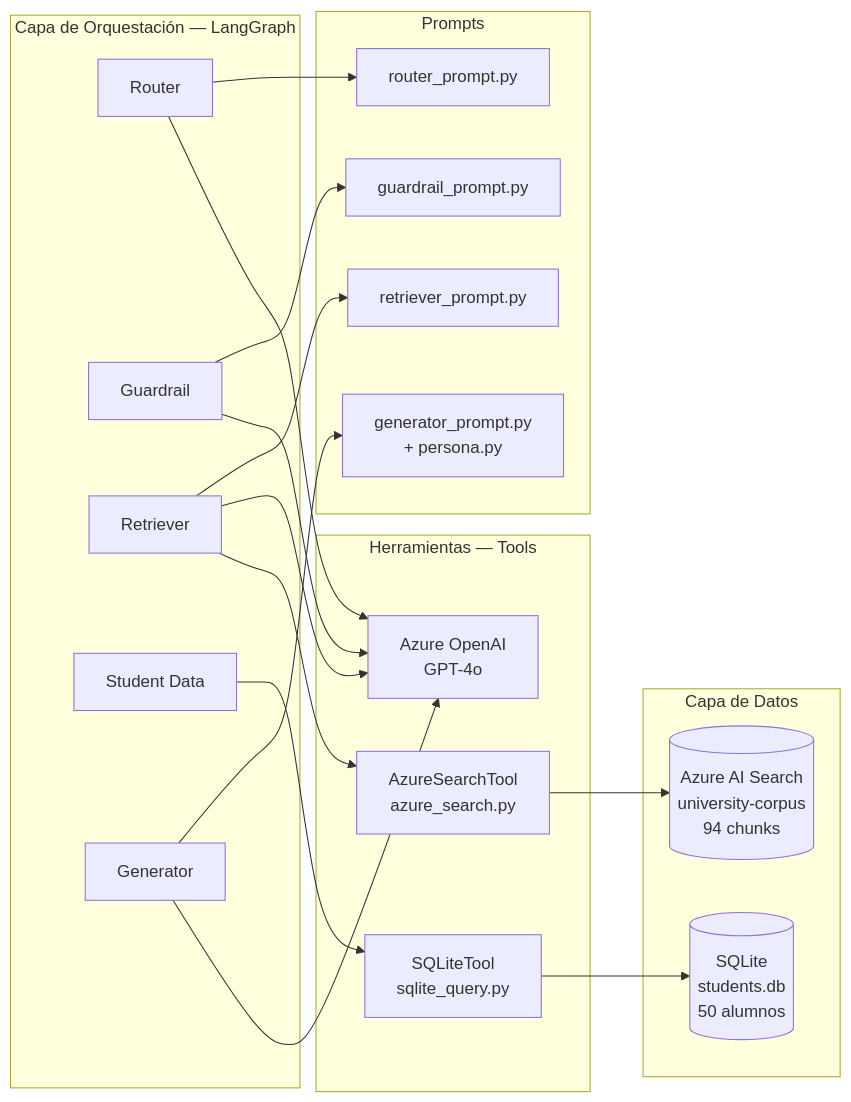
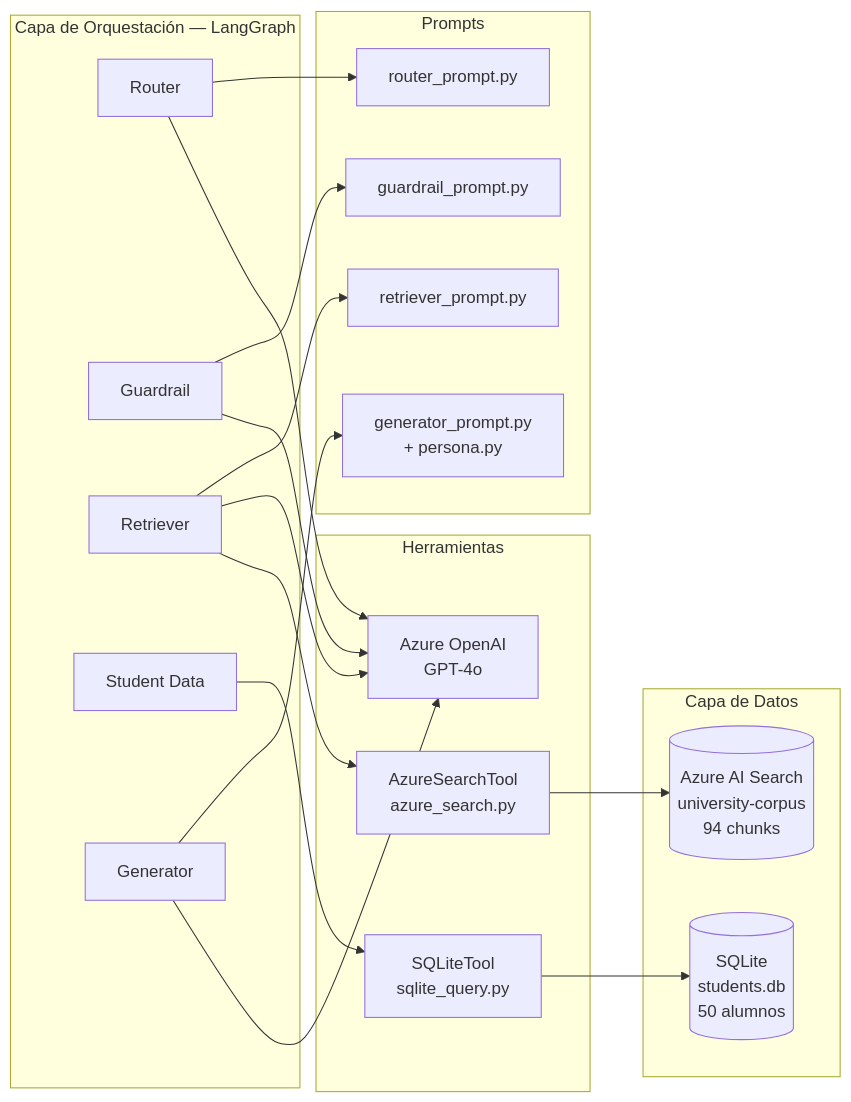
The diagram in docs/diagrams/agent_architecture.md (efeluxy/tfg-rag-university), drawn with Mermaid before and after one commit. The commit also changed 3 other files, not shown here.

````diff
--- a/docs/diagrams/agent_architecture.md
+++ b/docs/diagrams/agent_architecture.md
@@ -4,42 +4,42 @@
 ```mermaid
 graph LR
     subgraph CAPA_ORQUESTACION["Capa de Orquestación — LangGraph"]
         R[Router]
         G[Guardrail]
         RET[Retriever]
         SD[Student Data]
         GEN[Generator]
     end
 
-    subgraph CAPA_TOOLS["Herramientas — Tools"]
-        AZ[AzureSearchTool\nazure_search.py]
-        SQL[SQLiteTool\nsqlite_query.py]
-        LLM[Azure OpenAI\nGPT-4o]
-    end
-
-    subgraph CAPA_DATOS["Capa de Datos"]
-        IDX[(Azure AI Search\nuniversity-corpus\n94 chunks)]
-        DB[(SQLite\nstudents.db\n50 alumnos)]
-    end
-
     subgraph CAPA_PROMPTS["Prompts"]
         PR[router_prompt.py]
         PG[guardrail_prompt.py]
         PRET[retriever_prompt.py]
-        PGEN[generator_prompt.py\n+ persona.py]
+        PGEN[generator_prompt.py<br/>+ persona.py]
+    end
+
+    subgraph CAPA_TOOLS["Herramientas"]
+        AZ[AzureSearchTool<br/>azure_search.py]
+        SQL[SQLiteTool<br/>sqlite_query.py]
+        LLM[Azure OpenAI<br/>GPT-4o]
+    end
+
+    subgraph CAPA_DATOS["Capa de Datos"]
+        IDX[(Azure AI Search<br/>university-corpus<br/>94 chunks)]
+        DB[(SQLite<br/>students.db<br/>50 alumnos)]
     end
 
     R --> PR
     R --> LLM
     G --> PG
     G --> LLM
     RET --> PRET
     RET --> LLM
     RET --> AZ
     SD --> SQL
     GEN --> PGEN
     GEN --> LLM
 
     AZ --> IDX
     SQL --> DB
 ```
````
